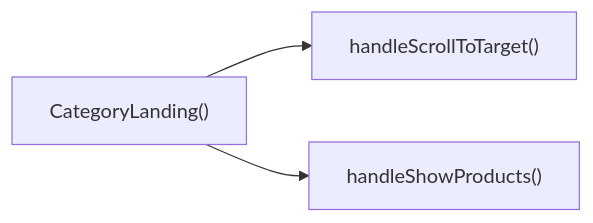
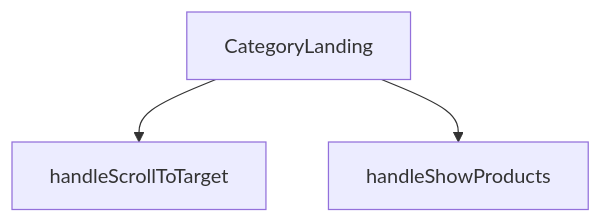
The diagram in src/views/category/CategoryLandingView.md (peckop/venthub-hvac-esite), drawn with Mermaid before and after one commit. The commit also changed other lines of this file and 488 other files, not shown here.

````diff
--- a/src/views/category/CategoryLandingView.md
+++ b/src/views/category/CategoryLandingView.md
@@ -159,5 +161,8 @@
 ```mermaid
-graph LR
-    CategoryLanding["CategoryLanding()"] --> handleScrollToTarget["handleScrollToTarget()"]
-    CategoryLanding["CategoryLanding()"] --> handleShowProducts["handleShowProducts()"]
+graph TD
+    CategoryLandingView_tsx__CategoryLanding["CategoryLanding"]
+    CategoryLandingView_tsx__handleScrollToTarget["handleScrollToTarget"]
+    CategoryLandingView_tsx__handleShowProducts["handleShowProducts"]
+    CategoryLandingView_tsx__CategoryLanding --> CategoryLandingView_tsx__handleScrollToTarget
+    CategoryLandingView_tsx__CategoryLanding --> CategoryLandingView_tsx__handleShowProducts
 ```
````
